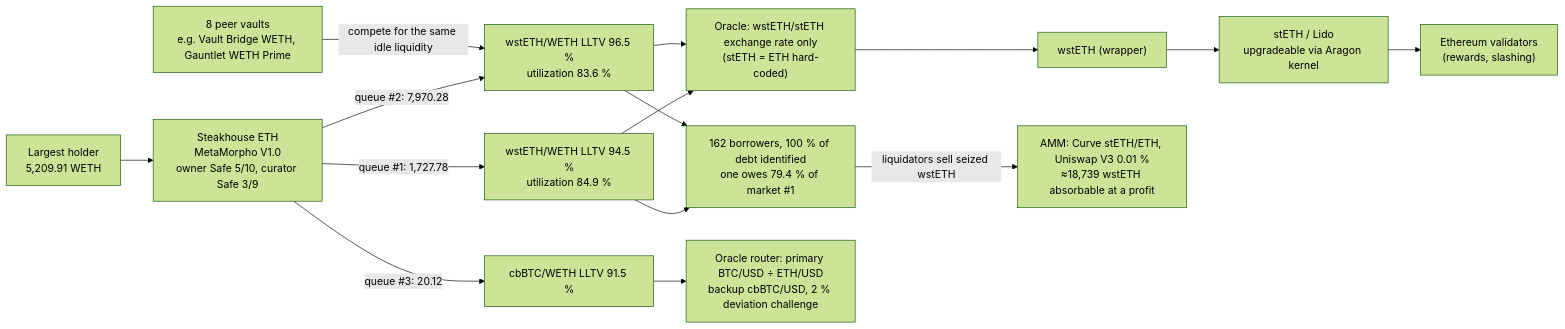
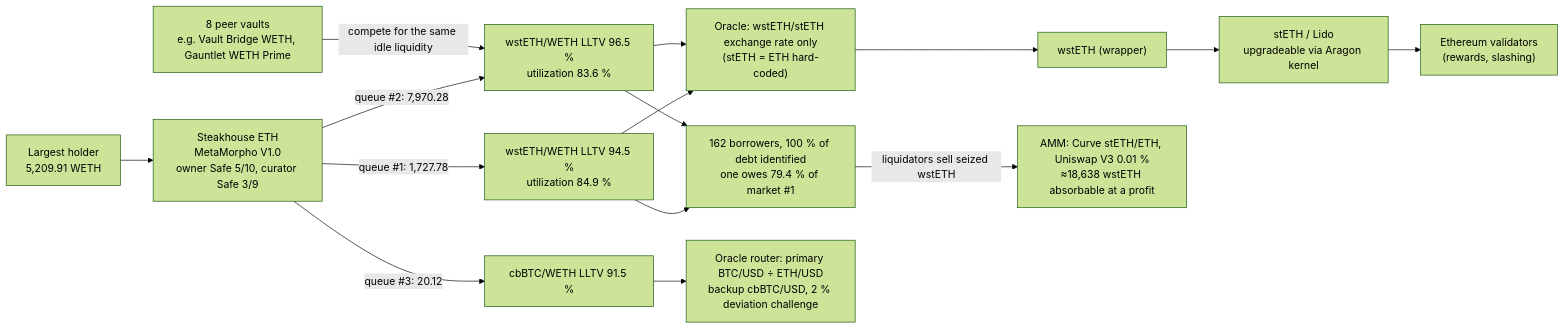
Before and after one commit to Tumid1968/exitproof: the diagram in README.md, drawn with Mermaid (forest theme). The commit also changed other lines of this file and 2 other files, not shown here.

Commit message:
README and DEMO: analyse-any-vault bench, frozen markets, observed feed freshness, executed Public Allocator, evidence ledger, refreshed AMM figures; progress

````diff
--- a/README.md
+++ b/README.md
@@ -40,13 +42,13 @@
 ```mermaid
 flowchart LR
   H["Largest holder<br/>5,209.91 WETH"] --> V["Steakhouse ETH<br/>MetaMorpho V1.0<br/>owner Safe 5/10, curator Safe 3/9"]
   V -->|"queue #1: 1,727.78"| M1["wstETH/WETH LLTV 94.5 %<br/>utilization 84.9 %"]
   V -->|"queue #2: 7,970.28"| M2["wstETH/WETH LLTV 96.5 %<br/>utilization 83.6 %"]
   V -->|"queue #3: 20.12"| M3["cbBTC/WETH LLTV 91.5 %"]
   P["8 peer vaults<br/>e.g. Vault Bridge WETH, Gauntlet WETH Prime"] -->|"compete for the same idle liquidity"| M2
   M1 & M2 --> O["Oracle: wstETH/stETH exchange rate only<br/>(stETH = ETH hard-coded)"]
   O --> W["wstETH (wrapper)"] --> S["stETH / Lido<br/>upgradeable via Aragon kernel"] --> E["Ethereum validators<br/>(rewards, slashing)"]
   M1 & M2 --> B["162 borrowers, 100 % of debt identified<br/>one owes 79.4 % of market #1"]
-  B -->|"liquidators sell seized wstETH"| A["AMM: Curve stETH/ETH, Uniswap V3 0.01 %<br/>≈18,739 wstETH absorbable at a profit"]
+  B -->|"liquidators sell seized wstETH"| A["AMM: Curve stETH/ETH, Uniswap V3 0.01 %<br/>≈18,638 wstETH absorbable at a profit"]
   M3 --> R["Oracle router: primary BTC/USD ÷ ETH/USD<br/>backup cbBTC/USD, 2 % deviation challenge"]
 ```
````
